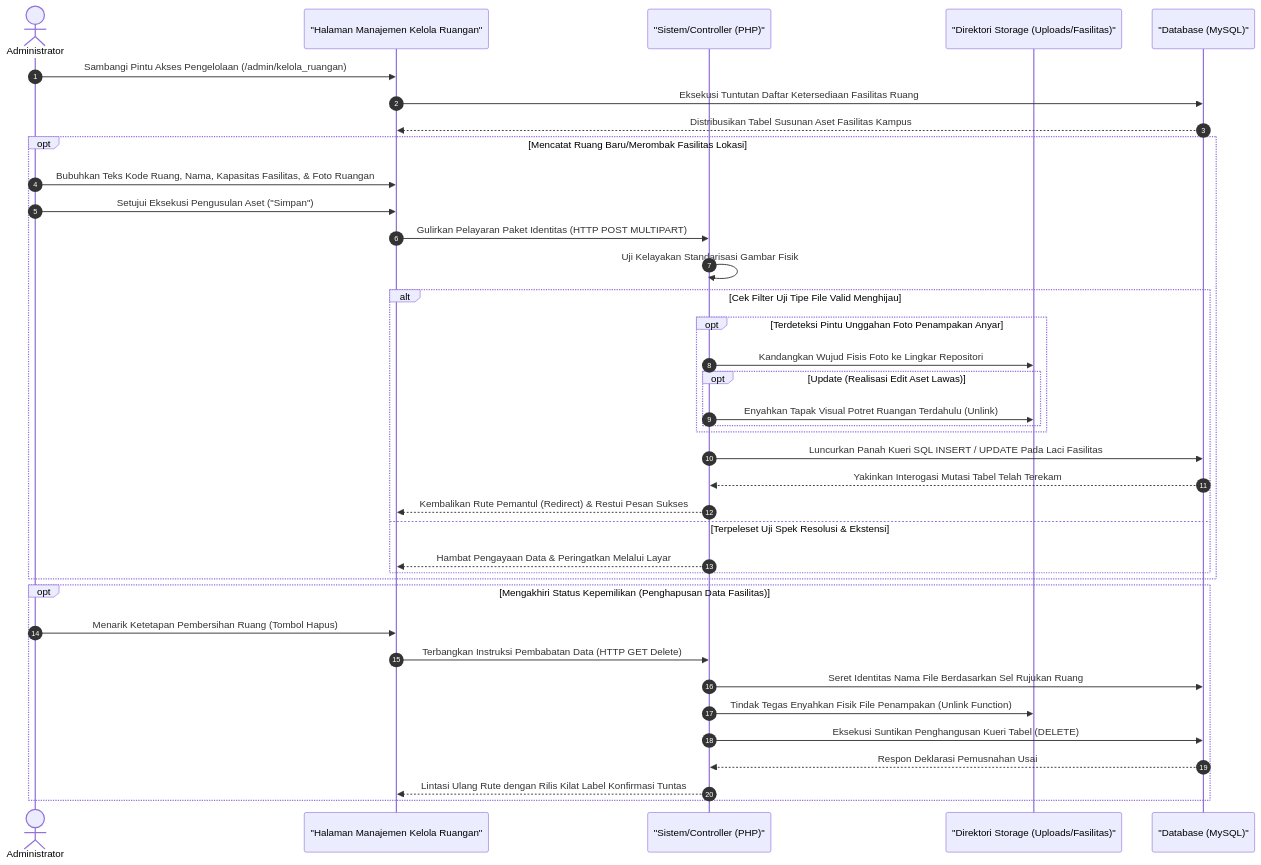
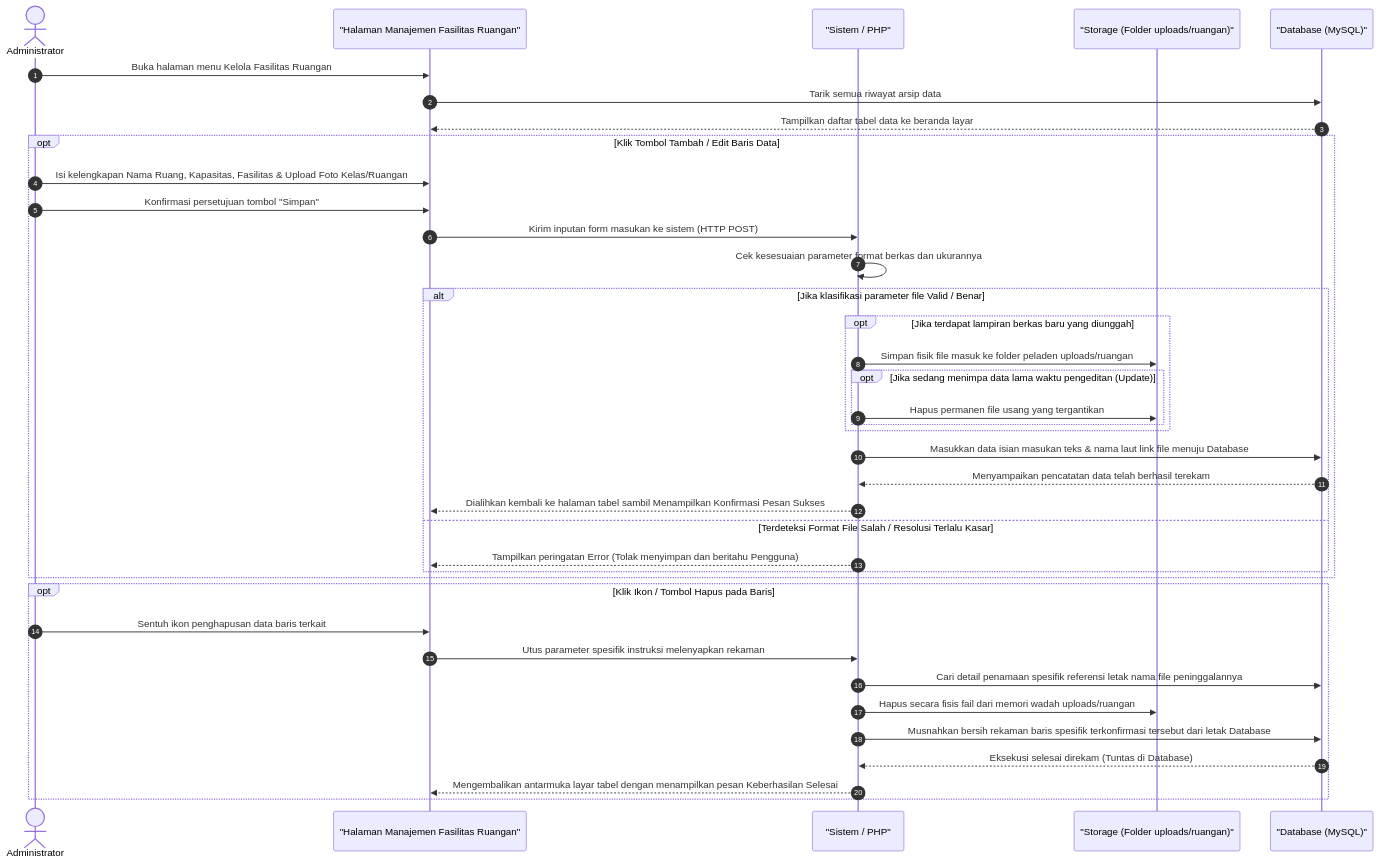
Before and after one commit to arbain-dev/Web_fikom: the diagram in docs/sequence_diagram_admin_ruangan.md, drawn with Mermaid. The commit also changed other lines of this file and 17 other files, not shown here.

Commit message:
docs: menyederhanakan bahasa seluruh sequence diagram admin backend

````diff
--- a/docs/sequence_diagram_admin_ruangan.md
+++ b/docs/sequence_diagram_admin_ruangan.md
@@ -15,48 +29,48 @@
 ```mermaid
 sequenceDiagram
     autonumber
     actor Admin as Administrator
-    participant View as "Halaman Manajemen Kelola Ruangan"
-    participant System as "Sistem/Controller (PHP)"
-    participant Server as "Direktori Storage (Uploads/Fasilitas)"
+    participant View as "Halaman Manajemen Fasilitas Ruangan"
+    participant System as "Sistem / PHP"
+    participant Server as "Storage (Folder uploads/ruangan)"
     participant DB as "Database (MySQL)"
 
-    Admin->>View: Sambangi Pintu Akses Pengelolaan (/admin/kelola_ruangan)
-    View->>DB: Eksekusi Tuntutan Daftar Ketersediaan Fasilitas Ruang
-    DB-->>View: Distribusikan Tabel Susunan Aset Fasilitas Kampus
+    Admin->>View: Buka halaman menu Kelola Fasilitas Ruangan
+    View->>DB: Tarik semua riwayat arsip data
+    DB-->>View: Tampilkan daftar tabel data ke beranda layar
 
-    %% Proses Tambah / Edit Ruangan
-    opt Mencatat Ruang Baru/Merombak Fasilitas Lokasi
-        Admin->>View: Bubuhkan Teks Kode Ruang, Nama, Kapasitas Fasilitas, & Foto Ruangan
-        Admin->>View: Setujui Eksekusi Pengusulan Aset ("Simpan")
-        View->>System: Gulirkan Pelayaran Paket Identitas (HTTP POST MULTIPART)
+    %% Proses Tambah / Edit
+    opt Klik Tombol Tambah / Edit Baris Data
+        Admin->>View: Isi kelengkapan Nama Ruang, Kapasitas, Fasilitas & Upload Foto Kelas/Ruangan
+        Admin->>View: Konfirmasi persetujuan tombol "Simpan"
+        View->>System: Kirim inputan form masukan ke sistem (HTTP POST)
 
-        System->>System: Uji Kelayakan Standarisasi Gambar Fisik
+        System->>System: Cek kesesuaian parameter format berkas dan ukurannya
         
-        alt Cek Filter Uji Tipe File Valid Menghijau
-            opt Terdeteksi Pintu Unggahan Foto Penampakan Anyar
-                System->>Server: Kandangkan Wujud Fisis Foto ke Lingkar Repositori
-                opt Update (Realisasi Edit Aset Lawas)
-                    System->>Server: Enyahkan Tapak Visual Potret Ruangan Terdahulu (Unlink)
+        alt Jika klasifikasi parameter file Valid / Benar
+            opt Jika terdapat lampiran berkas baru yang diunggah
+                System->>Server: Simpan fisik file masuk ke folder peladen uploads/ruangan
+                opt Jika sedang menimpa data lama waktu pengeditan (Update)
+                    System->>Server: Hapus permanen file usang yang tergantikan
                 end
             end
             
-            System->>DB: Luncurkan Panah Kueri SQL INSERT / UPDATE Pada Laci Fasilitas
-            DB-->>System: Yakinkan Interogasi Mutasi Tabel Telah Terekam
-            System-->>View: Kembalikan Rute Pemantul (Redirect) & Restui Pesan Sukses  
-        else Terpeleset Uji Spek Resolusi & Ekstensi
-            System-->>View: Hambat Pengayaan Data & Peringatkan Melalui Layar
+            System->>DB: Masukkan data isian masukan teks & nama laut link file menuju Database
+            DB-->>System: Menyampaikan pencatatan data telah berhasil terekam
+            System-->>View: Dialihkan kembali ke halaman tabel sambil Menampilkan Konfirmasi Pesan Sukses
+        else Terdeteksi Format File Salah / Resolusi Terlalu Kasar
+            System-->>View: Tampilkan peringatan Error (Tolak menyimpan dan beritahu Pengguna)
         end
     end
 
-    %% Proses Hapus Ruangan
-    opt Mengakhiri Status Kepemilikan (Penghapusan Data Fasilitas)
-        Admin->>View: Menarik Ketetapan Pembersihan Ruang (Tombol Hapus)
-        View->>System: Terbangkan Instruksi Pembabatan Data (HTTP GET Delete)
-        System->>DB: Seret Identitas Nama File Berdasarkan Sel Rujukan Ruang
-        System->>Server: Tindak Tegas Enyahkan Fisik File Penampakan (Unlink Function)
-        System->>DB: Eksekusi Suntikan Penghangusan Kueri Tabel (DELETE)
-        DB-->>System: Respon Deklarasi Pemusnahan Usai
-        System-->>View: Lintasi Ulang Rute dengan Rilis Kilat Label Konfirmasi Tuntas
+    %% Proses Hapus
+    opt Klik Ikon / Tombol Hapus pada Baris
+        Admin->>View: Sentuh ikon penghapusan data baris terkait
+        View->>System: Utus parameter spesifik instruksi melenyapkan rekaman
+        System->>DB: Cari detail penamaan spesifik referensi letak nama file peninggalannya
+        System->>Server: Hapus secara fisis fail dari memori wadah uploads/ruangan
+        System->>DB: Musnahkan bersih rekaman baris spesifik terkonfirmasi tersebut dari letak Database
+        DB-->>System: Eksekusi selesai direkam (Tuntas di Database)
+        System-->>View: Mengembalikan antarmuka layar tabel dengan menampilkan pesan Keberhasilan Selesai
     end
 ```
````
